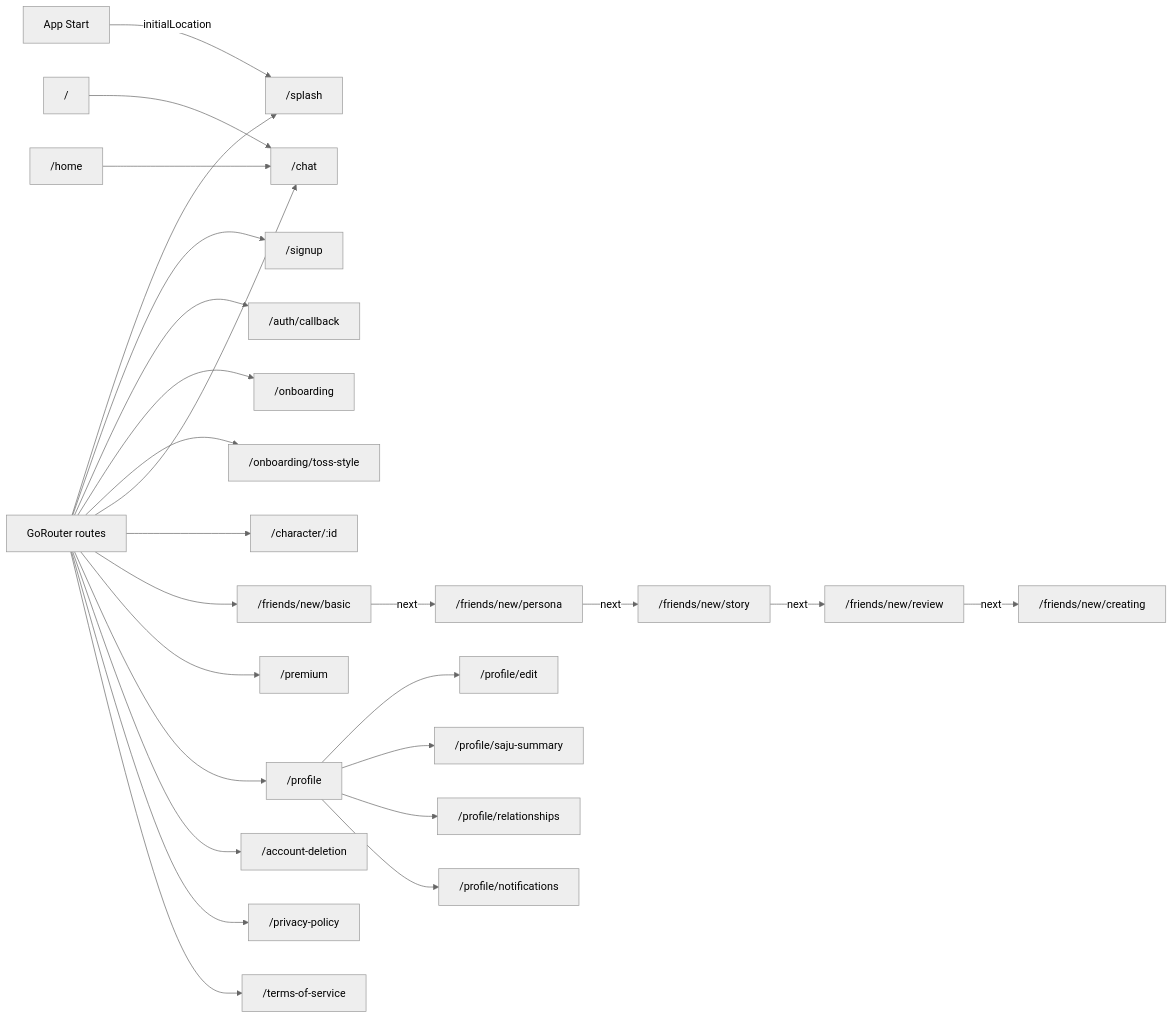
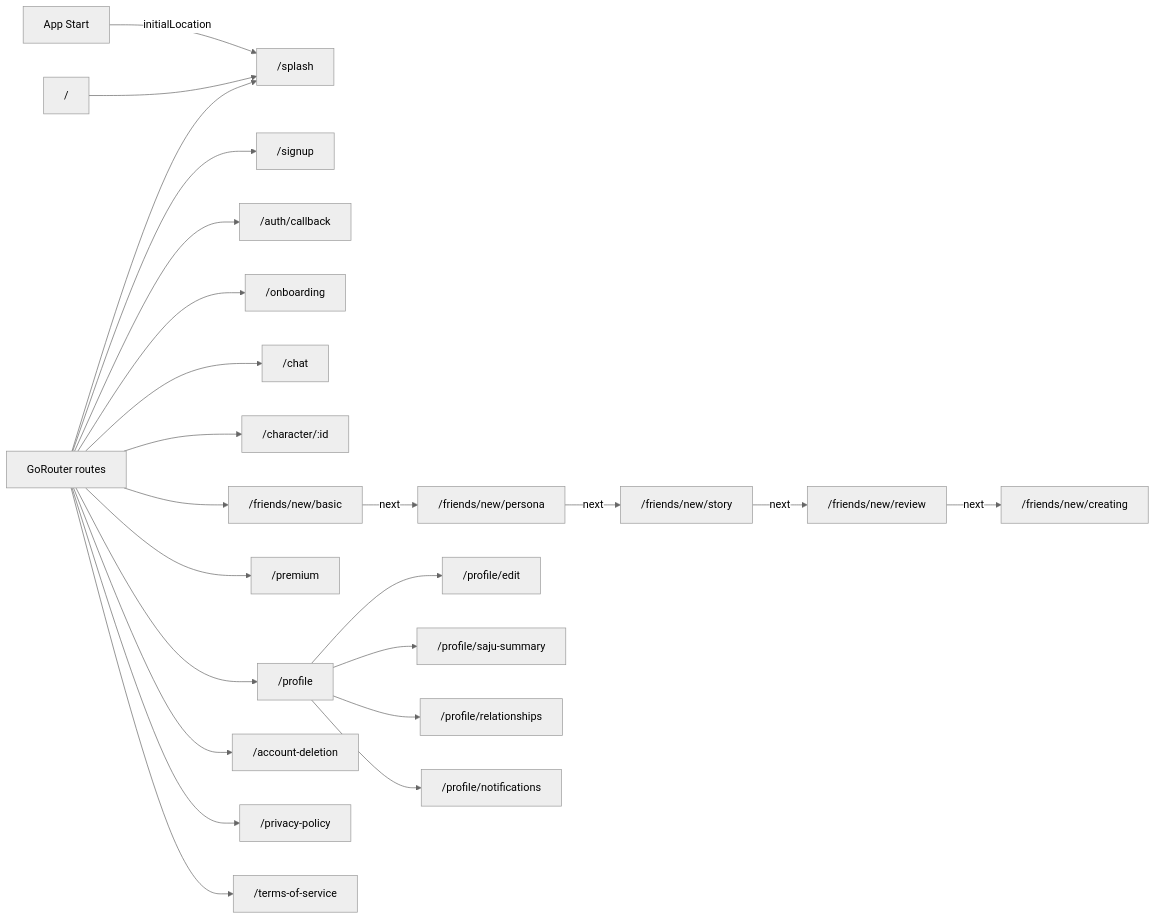
One commit to injooinjoo/fortune changed the first of 2 diagrams in docs/getting-started/APP_SURFACES_AND_ROUTES.md. Above: the diagram before and after it, drawn with Mermaid (neutral theme). The commit also changed other lines of this file and 49 other files, not shown here.

````diff
--- a/docs/getting-started/APP_SURFACES_AND_ROUTES.md
+++ b/docs/getting-started/APP_SURFACES_AND_ROUTES.md
@@ -60,30 +58,28 @@
 ```mermaid
 flowchart LR
   App["App Start"] -->|"initialLocation"| Splash["/splash"]
   Router["GoRouter routes"] --> Splash
   Router --> Signup["/signup"]
   Router --> Callback["/auth/callback"]
   Router --> Onboarding["/onboarding"]
-  Router --> TossOnboarding["/onboarding/toss-style"]
   Router --> Chat["/chat"]
   Router --> Character["/character/:id"]
   Router --> FriendBasic["/friends/new/basic"]
   Router --> Premium["/premium"]
   Router --> Profile["/profile"]
   Router --> AccountDeletion["/account-deletion"]
   Router --> Privacy["/privacy-policy"]
   Router --> Terms["/terms-of-service"]
 
-  Root["/"] --> Chat["/chat"]
-  Home["/home"] --> Chat
+  Root["/"] --> Splash["/splash"]
 
   Profile --> ProfileEdit["/profile/edit"]
   Profile --> ProfileSaju["/profile/saju-summary"]
   Profile --> ProfileRelationships["/profile/relationships"]
   Profile --> ProfileNotifications["/profile/notifications"]
 
   FriendBasic -->|"next"| FriendPersona["/friends/new/persona"]
   FriendPersona -->|"next"| FriendStory["/friends/new/story"]
   FriendStory -->|"next"| FriendReview["/friends/new/review"]
   FriendReview -->|"next"| FriendCreating["/friends/new/creating"]
 ```
````
